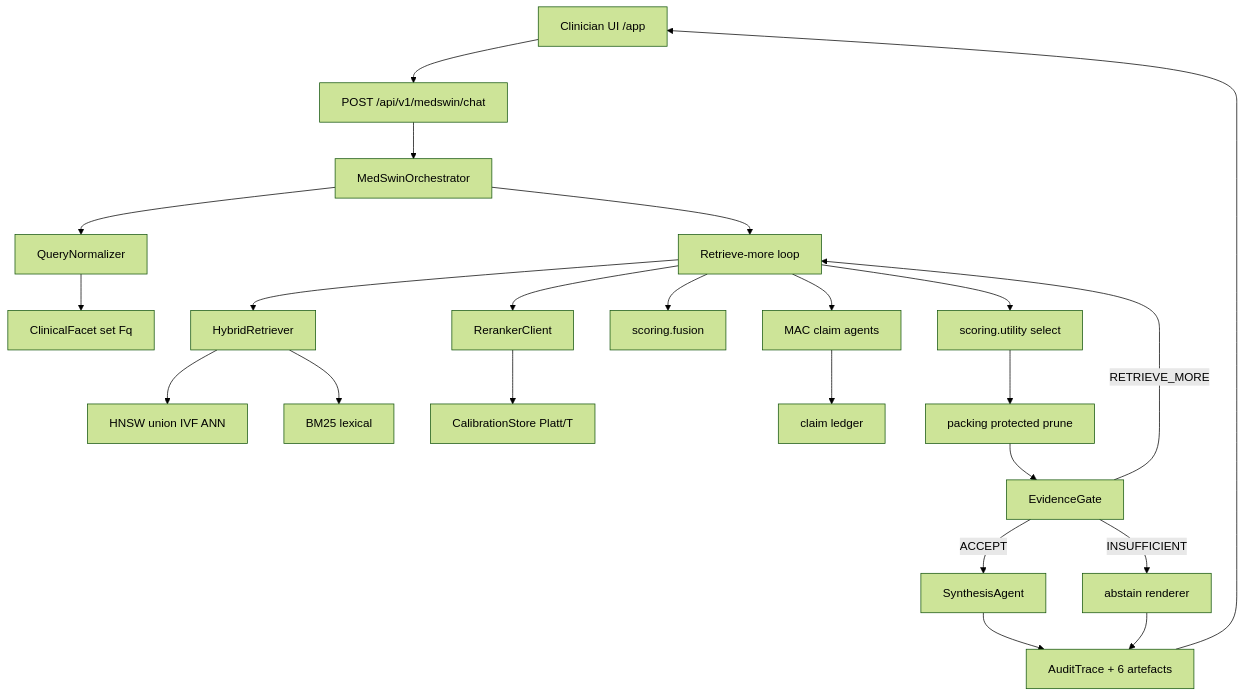
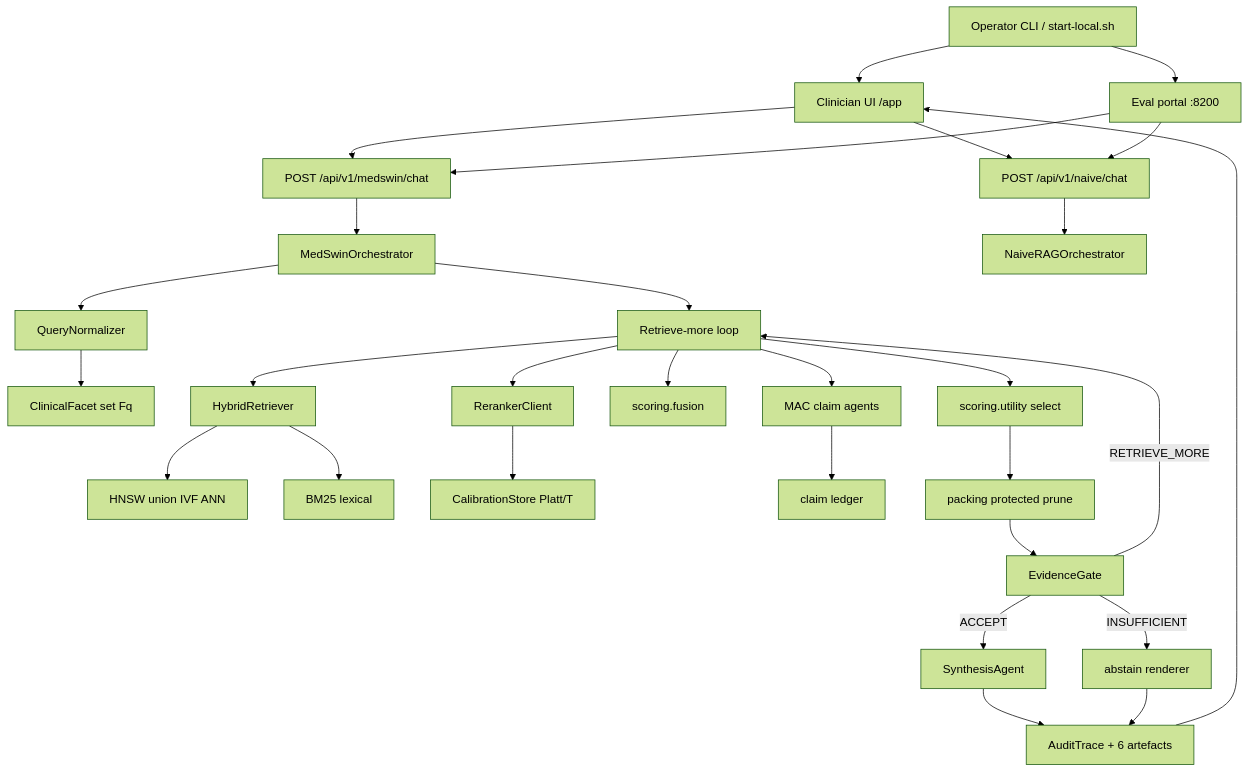
The first of 5 diagrams in README.md (MedSwin/RAG), drawn with Mermaid (forest theme) before and after one commit. The commit also changed other lines of this file and 30 other files, not shown here.

First line of the commit message:
Turn the local stack into one operator path and document the live system.

````diff
--- a/README.md
+++ b/README.md
@@ -40,25 +48,31 @@
 ```mermaid
 flowchart TD
-  UI["Clinician UI /app"] --> API["POST /api/v1/medswin/chat"]
-  API --> Orch["MedSwinOrchestrator"]
+  Op["Operator CLI / start-local.sh"] --> UI["Clinician UI /app"]
+  Op --> EvalUI["Eval portal :8200"]
+  UI --> Full["POST /api/v1/medswin/chat"]
+  UI --> Naive["POST /api/v1/naive/chat"]
+  EvalUI --> Full
+  EvalUI --> Naive
+  Full --> Orch["MedSwinOrchestrator"]
+  Naive --> Control["NaiveRAGOrchestrator"]
   Orch --> Norm["QueryNormalizer"]
   Norm --> Facets["ClinicalFacet set Fq"]
   Orch --> Loop["Retrieve-more loop"]
   Loop --> Hybrid["HybridRetriever"]
   Hybrid --> Dense["HNSW union IVF ANN"]
   Hybrid --> Lex["BM25 lexical"]
   Loop --> Rerank["RerankerClient"]
   Rerank --> Calib["CalibrationStore Platt/T"]
   Loop --> Fuse["scoring.fusion"]
   Loop --> Agents["MAC claim agents"]
   Agents --> Ledger["claim ledger"]
   Loop --> Select["scoring.utility select"]
   Select --> Pack["packing protected prune"]
   Pack --> Gate["EvidenceGate"]
   Gate -->|ACCEPT| Synth["SynthesisAgent"]
   Gate -->|RETRIEVE_MORE| Loop
   Gate -->|INSUFFICIENT| Abstain["abstain renderer"]
   Synth --> Trace["AuditTrace + 6 artefacts"]
   Abstain --> Trace
   Trace --> UI
 ```
````
